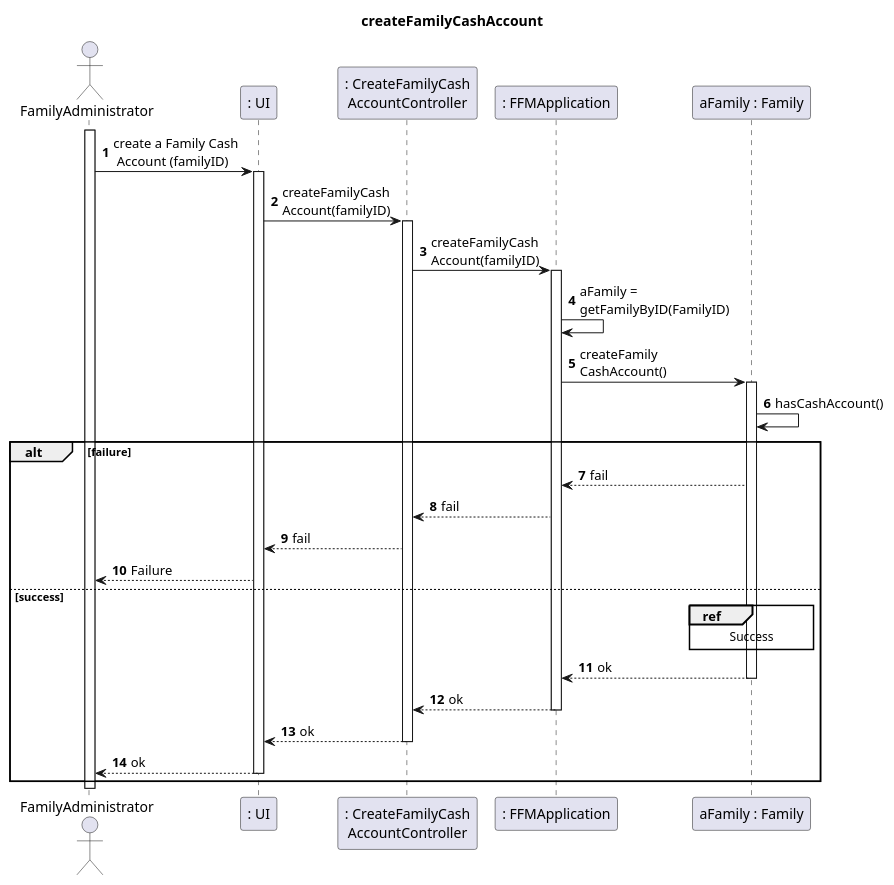
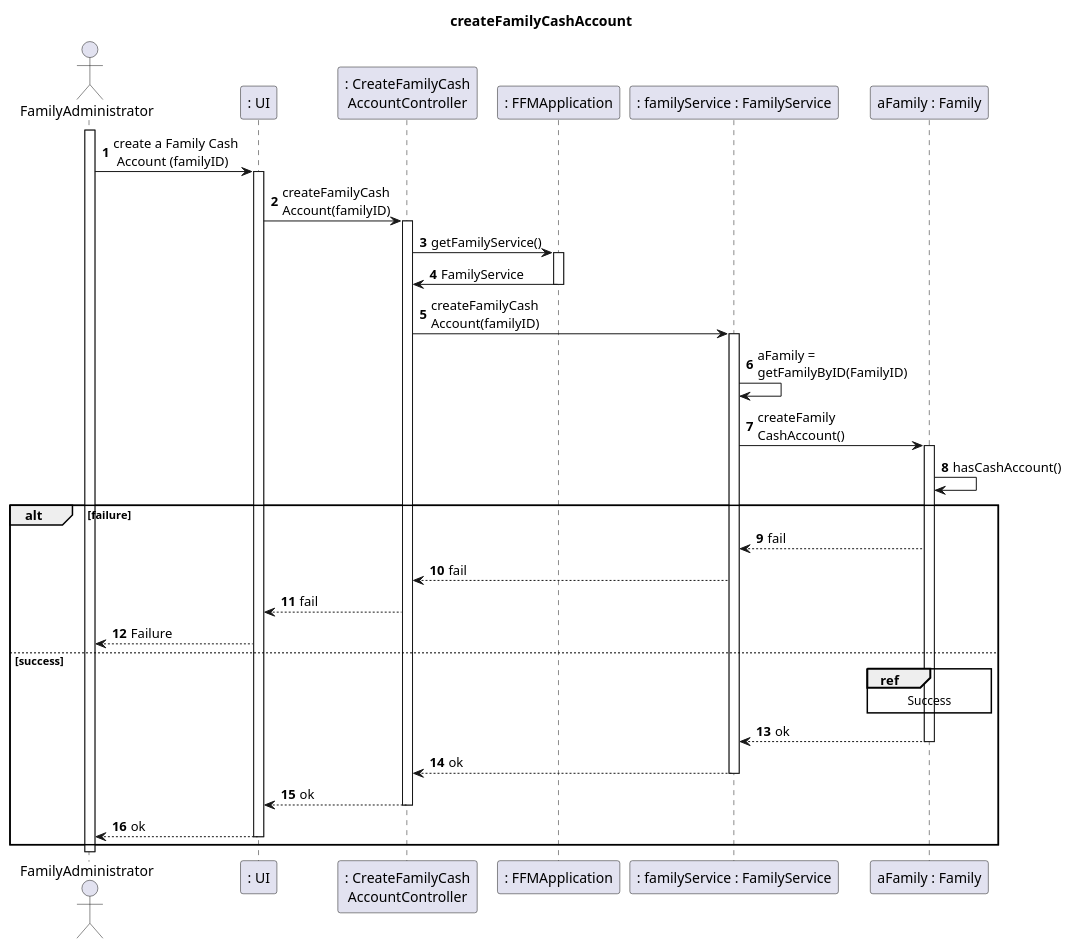
One commit to tomas-osswald/switch_2020_g3 changed the first of 3 diagrams in docs/US120_CreateFamilyCashAccount.md. Above: the diagram before and after it, drawn with PlantUML. The commit also changed other lines of this file and 1 other file, not shown here.

Commit message:
Update to sequence diagrams for us120 and general ClassDiagram.md

````diff
--- a/docs/US120_CreateFamilyCashAccount.md
+++ b/docs/US120_CreateFamilyCashAccount.md
@@ -30,46 +30,51 @@
 ```puml
 autonumber 1
 title createFamilyCashAccount
 actor "FamilyAdministrator" as familyAdmin
 participant ": UI" as UI
 participant ": CreateFamilyCash\nAccountController" as controller
 participant ": FFMApplication" as app
+participant ": familyService : FamilyService" as famSer
 participant "aFamily : Family" as family
 
 activate familyAdmin
 familyAdmin -> UI: create a Family Cash \n Account (familyID)
 activate UI
 UI -> controller: createFamilyCash\nAccount(familyID)
 activate controller
-controller -> app: createFamilyCash\nAccount(familyID)
+controller -> app: getFamilyService()
 activate app
-app -> app: aFamily = \ngetFamilyByID(FamilyID)
+app -> controller: FamilyService
+deactivate app
+controller -> famSer: createFamilyCash\nAccount(familyID)
+activate famSer
+famSer -> famSer: aFamily = \ngetFamilyByID(FamilyID)
 
-app -> family: createFamily\nCashAccount()
+famSer -> family: createFamily\nCashAccount()
 activate family
 family -> family: hasCashAccount()
 
 alt failure
 
-family --> app: fail
-app --> controller: fail
+family --> famSer: fail
+famSer --> controller: fail
 controller --> UI: fail
 UI --> familyAdmin: Failure
 
 else success
 ref over family
 Success
 end ref
 
-family --> app: ok
+family --> famSer: ok
 deactivate family
-app --> controller: ok
-deactivate app
+famSer --> controller: ok
+deactivate famSer
 controller --> UI: ok
 deactivate controller
 UI --> familyAdmin: ok
 deactivate UI
 
 end
 deactivate familyAdmin
 ```
````
